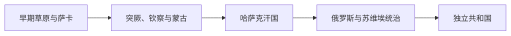
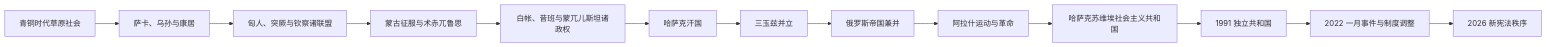
Before and after one commit to tianlan-dev/learning-notes: the diagram in 人文科学/历史/中亚/哈萨克斯坦/README.md, drawn with Mermaid. The commit also changed other lines of this file and 1417 other files, not shown here.

````diff
--- a/人文科学/历史/中亚/哈萨克斯坦/README.md
+++ b/人文科学/历史/中亚/哈萨克斯坦/README.md
@@ -9,7 +10,15 @@
 ```mermaid
 flowchart LR
-    A["早期草原与萨卡"] --> B["突厥、钦察与蒙古"]
-    B --> C["哈萨克汗国"]
-    C --> D["俄罗斯与苏维埃统治"]
-    D --> E["独立共和国"]
+    A["青铜时代草原社会"] --> B["萨卡、乌孙与康居"]
+    B --> C["匈人、突厥与钦察诸联盟"]
+    C --> D["蒙古征服与术赤兀鲁思"]
+    D --> E["白帐、昔班与蒙兀儿斯坦诸政权"]
+    E --> F["哈萨克汗国"]
+    F --> G["三玉兹并立"]
+    G --> H["俄罗斯帝国兼并"]
+    H --> I["阿拉什运动与革命"]
+    I --> J["哈萨克苏维埃社会主义共和国"]
+    J --> K["1991 独立共和国"]
+    K --> L["2022 一月事件与制度调整"]
+    L --> M["2026 新宪法秩序"]
 ```
````
